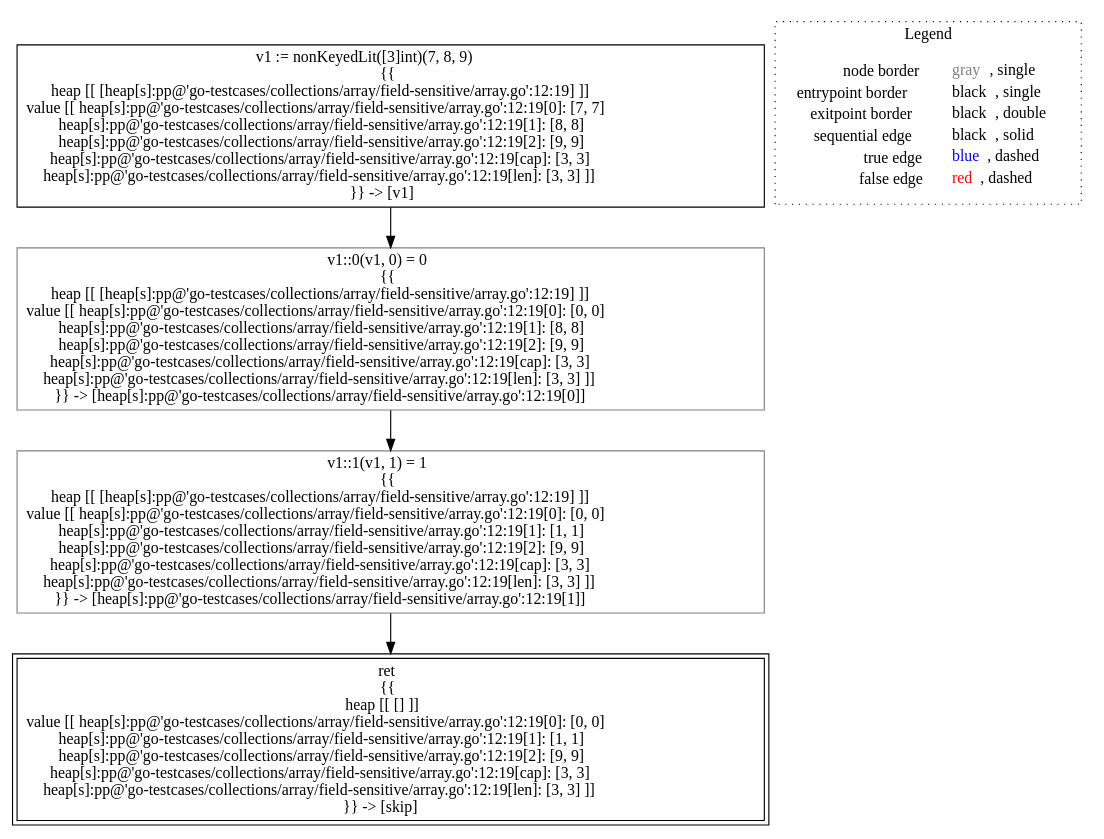
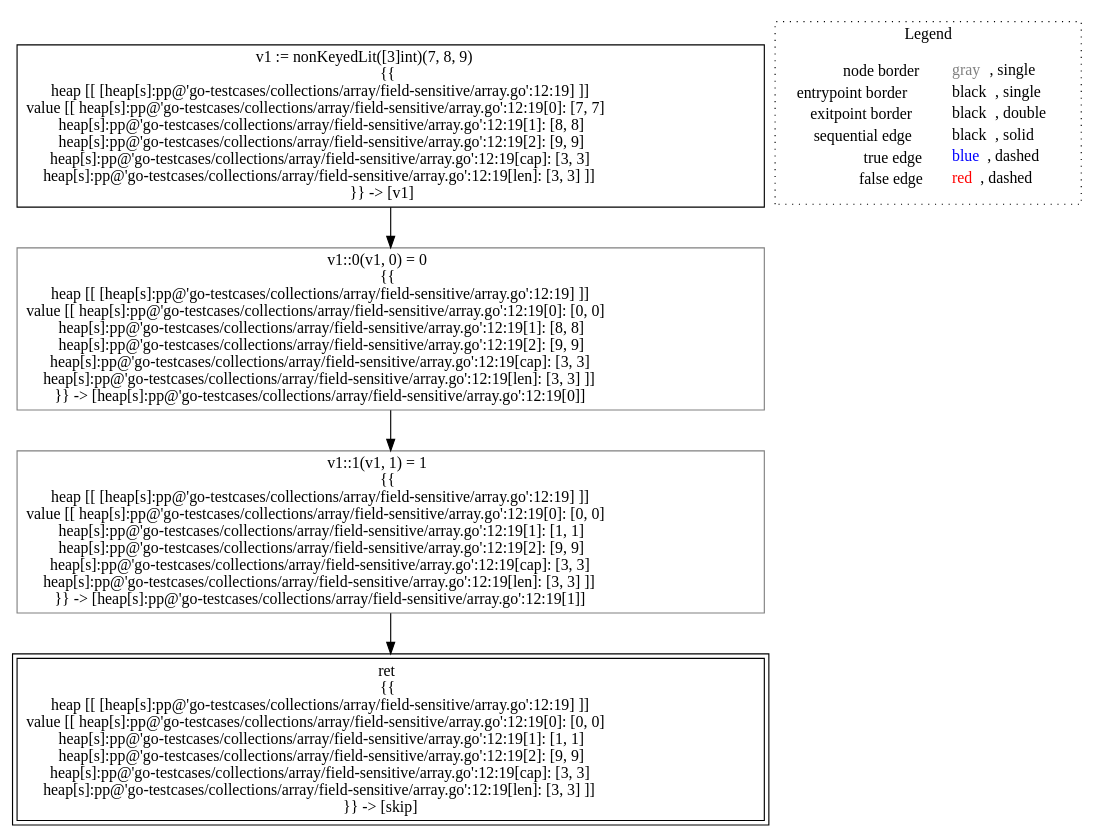
The diagram in go-lisa/go-testcases/collections/array/field-sensitive/analysis___untyped_~LiSAProgram.allocs().dot (lisa-analyzer/go-lisa), drawn with Graphviz before and after one commit.

Commit message:
corrected allocs test in array/field-sensitive

```diff
--- a/go-lisa/go-testcases/collections/array/field-sensitive/analysis___untyped_~LiSAProgram.allocs().dot
+++ b/go-lisa/go-testcases/collections/array/field-sensitive/analysis___untyped_~LiSAProgram.allocs().dot
@@ -1,16 +1,16 @@
 digraph {
 	"node0" [shape="rect",color="black",label=<v1 := nonKeyedLit([3]int)(7, 8, 9)<BR/>{{<BR/>heap [[ [heap[s]:pp@'go-testcases/collections/array/field-sensitive/array.go':12:19] ]]<BR/>value [[ heap[s]:pp@'go-testcases/collections/array/field-sensitive/array.go':12:19[0]: [7, 7]<BR/>heap[s]:pp@'go-testcases/collections/array/field-sensitive/array.go':12:19[1]: [8, 8]<BR/>heap[s]:pp@'go-testcases/collections/array/field-sensitive/array.go':12:19[2]: [9, 9]<BR/>heap[s]:pp@'go-testcases/collections/array/field-sensitive/array.go':12:19[cap]: [3, 3]<BR/>heap[s]:pp@'go-testcases/collections/array/field-sensitive/array.go':12:19[len]: [3, 3] ]]<BR/>}} -&gt; [v1]>];
-	"node1" [shape="rect",color="black",peripheries="2",label=<ret<BR/>{{<BR/>heap [[ [] ]]<BR/>value [[ heap[s]:pp@'go-testcases/collections/array/field-sensitive/array.go':12:19[0]: [0, 0]<BR/>heap[s]:pp@'go-testcases/collections/array/field-sensitive/array.go':12:19[1]: [1, 1]<BR/>heap[s]:pp@'go-testcases/collections/array/field-sensitive/array.go':12:19[2]: [9, 9]<BR/>heap[s]:pp@'go-testcases/collections/array/field-sensitive/array.go':12:19[cap]: [3, 3]<BR/>heap[s]:pp@'go-testcases/collections/array/field-sensitive/array.go':12:19[len]: [3, 3] ]]<BR/>}} -&gt; [skip]>];
-	"node2" [shape="rect",color="gray",label=<v1::1(v1, 1) = 1<BR/>{{<BR/>heap [[ [heap[s]:pp@'go-testcases/collections/array/field-sensitive/array.go':12:19] ]]<BR/>value [[ heap[s]:pp@'go-testcases/collections/array/field-sensitive/array.go':12:19[0]: [0, 0]<BR/>heap[s]:pp@'go-testcases/collections/array/field-sensitive/array.go':12:19[1]: [1, 1]<BR/>heap[s]:pp@'go-testcases/collections/array/field-sensitive/array.go':12:19[2]: [9, 9]<BR/>heap[s]:pp@'go-testcases/collections/array/field-sensitive/array.go':12:19[cap]: [3, 3]<BR/>heap[s]:pp@'go-testcases/collections/array/field-sensitive/array.go':12:19[len]: [3, 3] ]]<BR/>}} -&gt; [heap[s]:pp@'go-testcases/collections/array/field-sensitive/array.go':12:19[1]]>];
+	"node1" [shape="rect",color="gray",label=<v1::1(v1, 1) = 1<BR/>{{<BR/>heap [[ [heap[s]:pp@'go-testcases/collections/array/field-sensitive/array.go':12:19] ]]<BR/>value [[ heap[s]:pp@'go-testcases/collections/array/field-sensitive/array.go':12:19[0]: [0, 0]<BR/>heap[s]:pp@'go-testcases/collections/array/field-sensitive/array.go':12:19[1]: [1, 1]<BR/>heap[s]:pp@'go-testcases/collections/array/field-sensitive/array.go':12:19[2]: [9, 9]<BR/>heap[s]:pp@'go-testcases/collections/array/field-sensitive/array.go':12:19[cap]: [3, 3]<BR/>heap[s]:pp@'go-testcases/collections/array/field-sensitive/array.go':12:19[len]: [3, 3] ]]<BR/>}} -&gt; [heap[s]:pp@'go-testcases/collections/array/field-sensitive/array.go':12:19[1]]>];
+	"node2" [shape="rect",color="black",peripheries="2",label=<ret<BR/>{{<BR/>heap [[ [heap[s]:pp@'go-testcases/collections/array/field-sensitive/array.go':12:19] ]]<BR/>value [[ heap[s]:pp@'go-testcases/collections/array/field-sensitive/array.go':12:19[0]: [0, 0]<BR/>heap[s]:pp@'go-testcases/collections/array/field-sensitive/array.go':12:19[1]: [1, 1]<BR/>heap[s]:pp@'go-testcases/collections/array/field-sensitive/array.go':12:19[2]: [9, 9]<BR/>heap[s]:pp@'go-testcases/collections/array/field-sensitive/array.go':12:19[cap]: [3, 3]<BR/>heap[s]:pp@'go-testcases/collections/array/field-sensitive/array.go':12:19[len]: [3, 3] ]]<BR/>}} -&gt; [skip]>];
 	"node3" [shape="rect",color="gray",label=<v1::0(v1, 0) = 0<BR/>{{<BR/>heap [[ [heap[s]:pp@'go-testcases/collections/array/field-sensitive/array.go':12:19] ]]<BR/>value [[ heap[s]:pp@'go-testcases/collections/array/field-sensitive/array.go':12:19[0]: [0, 0]<BR/>heap[s]:pp@'go-testcases/collections/array/field-sensitive/array.go':12:19[1]: [8, 8]<BR/>heap[s]:pp@'go-testcases/collections/array/field-sensitive/array.go':12:19[2]: [9, 9]<BR/>heap[s]:pp@'go-testcases/collections/array/field-sensitive/array.go':12:19[cap]: [3, 3]<BR/>heap[s]:pp@'go-testcases/collections/array/field-sensitive/array.go':12:19[len]: [3, 3] ]]<BR/>}} -&gt; [heap[s]:pp@'go-testcases/collections/array/field-sensitive/array.go':12:19[0]]>];
-	"node2" -> "node1" [color="black"];
-	"node3" -> "node2" [color="black"];
+	"node1" -> "node2" [color="black"];
 	"node0" -> "node3" [color="black"];
+	"node3" -> "node1" [color="black"];
 subgraph cluster_legend {
 	label="Legend";
 	style=dotted;
 	node [shape=plaintext];
 	"legend" [label=<<table border="0" cellpadding="2" cellspacing="0" cellborder="0"><tr><td align="right">node border&nbsp;</td><td align="left"><font color="gray">gray</font>, single</td></tr><tr><td align="right">entrypoint border&nbsp;</td><td align="left"><font color="black">black</font>, single</td></tr><tr><td align="right">exitpoint border&nbsp;</td><td align="left"><font color="black">black</font>, double</td></tr><tr><td align="right">sequential edge&nbsp;</td><td align="left"><font color="black">black</font>, solid</td></tr><tr><td align="right">true edge&nbsp;</td><td align="left"><font color="blue">blue</font>, dashed</td></tr><tr><td align="right">false edge&nbsp;</td><td align="left"><font color="red">red</font>, dashed</td></tr></table>>];
 }
 
 }
```
